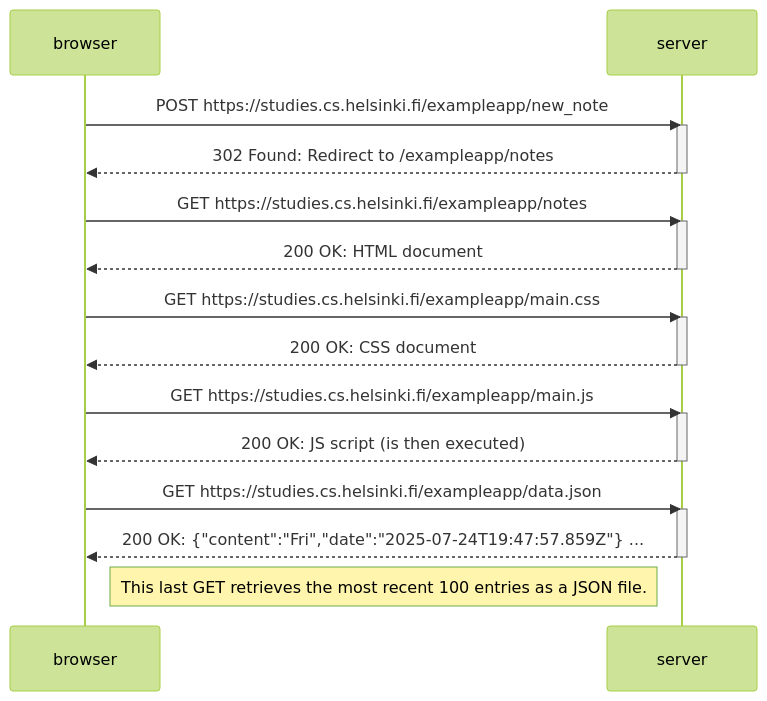
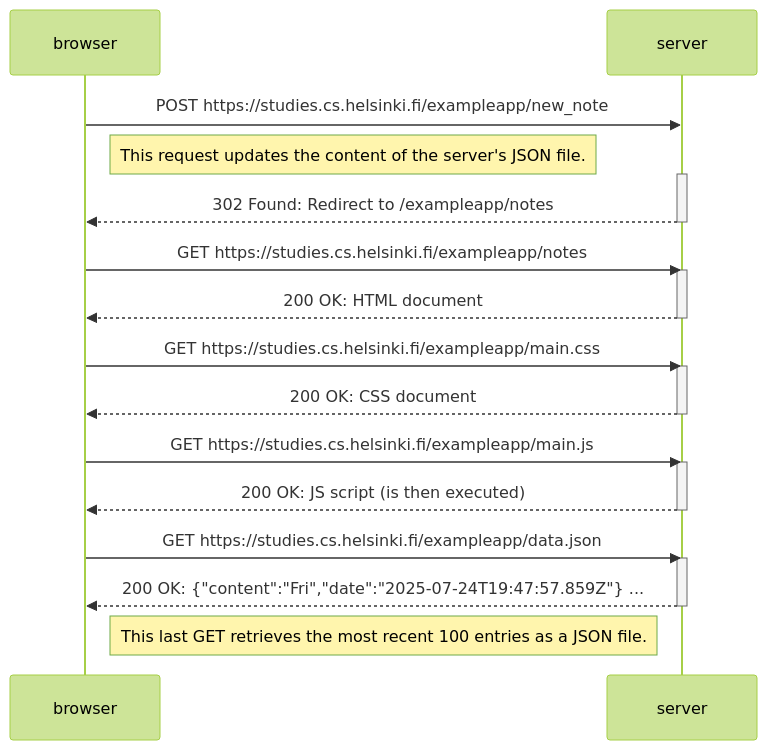
The diagram in part0/exercise4.md (RoyV5/fullstack-open-2025), drawn with Mermaid (forest theme) before and after one commit.

Commit message:
Added note for context

````diff
--- a/part0/exercise4.md
+++ b/part0/exercise4.md
@@ -3,31 +3,32 @@
 ```mermaid
 sequenceDiagram
     participant browser
     participant server
     browser->>server: POST https://studies.cs.helsinki.fi/exampleapp/new_note
+        Note right of browser: This request updates the content of the server's JSON file.
     activate server
     server-->>browser: 302 Found: Redirect to /exampleapp/notes
     deactivate server
 
     browser->>server: GET https://studies.cs.helsinki.fi/exampleapp/notes
     activate server
     server-->>browser: 200 OK: HTML document
     deactivate server
 
     browser->>server: GET https://studies.cs.helsinki.fi/exampleapp/main.css
     activate server
     server-->>browser: 200 OK: CSS document
     deactivate server
 
     browser->>server: GET https://studies.cs.helsinki.fi/exampleapp/main.js
     activate server
     server-->>browser: 200 OK: JS script (is then executed)
     deactivate server
 
     browser->>server: GET https://studies.cs.helsinki.fi/exampleapp/data.json
     activate server
     server-->>browser: 200 OK: {"content":"Fri","date":"2025-07-24T19:47:57.859Z"} ...
     deactivate server
 
     Note right of browser: This last GET retrieves the most recent 100 entries as a JSON file.
 ```
````
